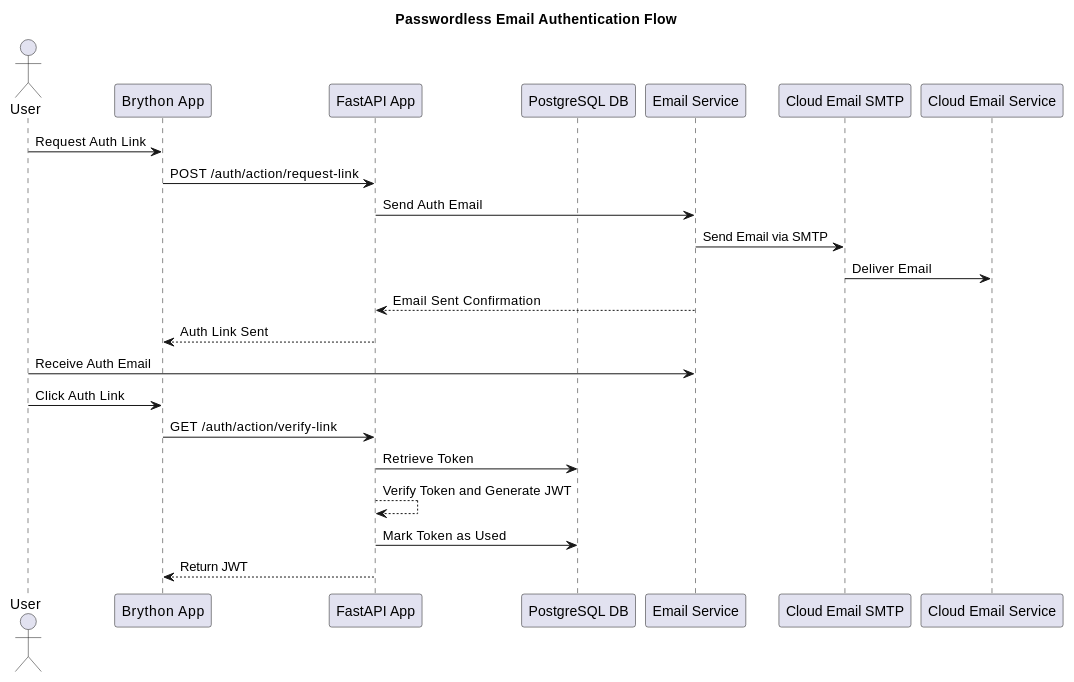
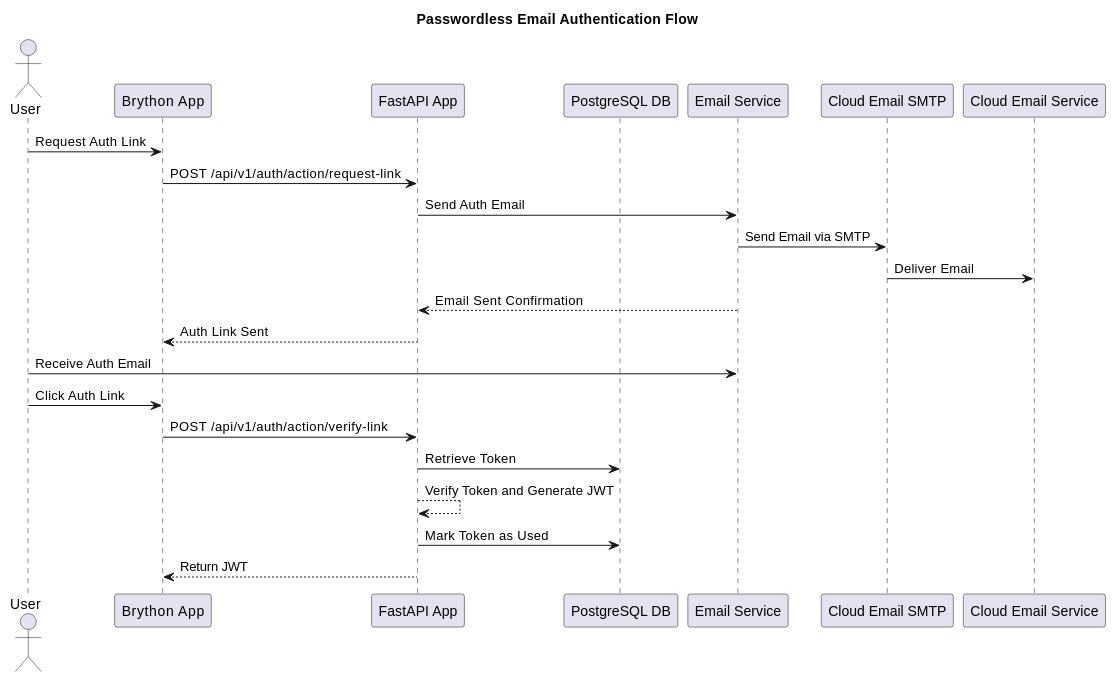
Before and after one commit to leshmark/gamegroup: the third of 6 diagrams in Game Group Site.md, drawn with PlantUML. The commit also changed other lines of this file, not shown here.

````diff
--- a/Game Group Site.md
+++ b/Game Group Site.md
@@ -215,27 +222,27 @@
 ```plantuml
 @startuml
 title Passwordless Email Authentication Flow
 actor User
 participant "Brython App" as Brython
 participant "FastAPI App" as FastAPI
 participant "PostgreSQL DB" as DB
 participant "Email Service" as EmailService
 participant "Cloud Email SMTP" as CloudEmailSMTP
 participant "Cloud Email Service" as CloudEmailService
 User -> Brython : Request Auth Link
-Brython -> FastAPI : POST /auth/action/request-link
+Brython -> FastAPI : POST /api/v1/auth/action/request-link
 FastAPI -> EmailService : Send Auth Email
 EmailService -> CloudEmailSMTP : Send Email via SMTP
 CloudEmailSMTP -> CloudEmailService : Deliver Email
 EmailService --> FastAPI : Email Sent Confirmation
 FastAPI --> Brython : Auth Link Sent
 User -> EmailService : Receive Auth Email
 User -> Brython : Click Auth Link
-Brython -> FastAPI : GET /auth/action/verify-link
+Brython -> FastAPI : POST /api/v1/auth/action/verify-link
 FastAPI -> DB : Retrieve Token
 ' DB --> FastAPI : Token Validated
 FastAPI --> FastAPI : Verify Token and Generate JWT
 FastAPI -> DB : Mark Token as Used
 FastAPI --> Brython : Return JWT
 @enduml
 ```
````
